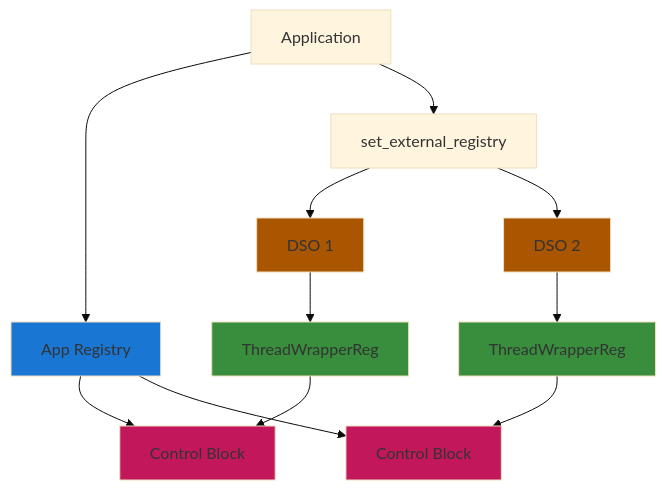
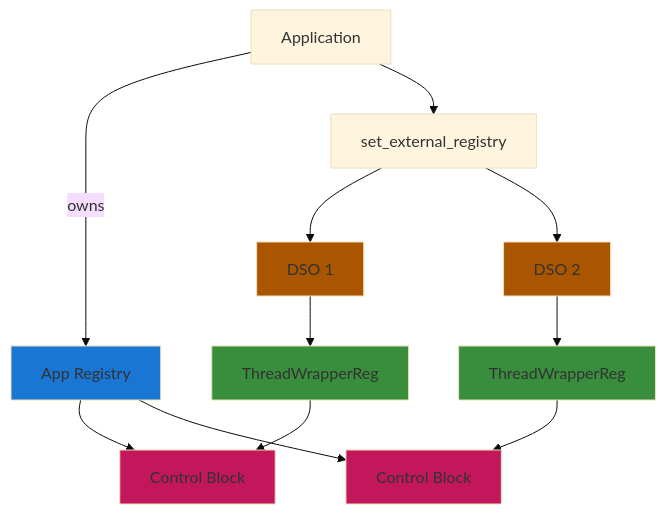
One commit to Katze719/ThreadSchedule changed the third of 5 diagrams in docs/REGISTRY.md. Above: the diagram before and after it, drawn with Mermaid (base theme). The commit also changed other lines of this file, not shown here.

First line of the commit message:
Update REGISTRY.md diagrams to clarify ownership relationships

````diff
--- a/docs/REGISTRY.md
+++ b/docs/REGISTRY.md
@@ -120,33 +120,33 @@
 ```mermaid
 graph TD
     App[Application]
     AR["App Registry"]
     ER1["set_external_registry"]
     DSO1["DSO 1"]
     DSO2["DSO 2"]
     T2[ThreadWrapperReg]
     T3[ThreadWrapperReg]
     CB2["Control Block"]
     CB3["Control Block"]
 
-    App --> AR
+    App --> |owns| AR
     App --> ER1
     ER1 --> DSO1
     ER1 --> DSO2
     DSO1 --> T2
     DSO2 --> T3
     T2 --> CB2
     T3 --> CB3
     AR --> CB2
     AR --> CB3
 
     classDef registry fill:#1976d2
     classDef controlBlock fill:#c2185b
     classDef wrapper fill:#388e3c
     classDef lib fill:#aa5500
 
     class DSO1,DSO2 lib
     class AR registry
     class CB2,CB3 controlBlock
     class T2,T3 wrapper
 ```
````
